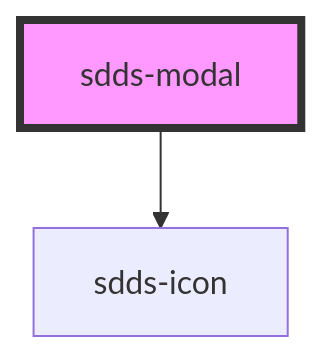
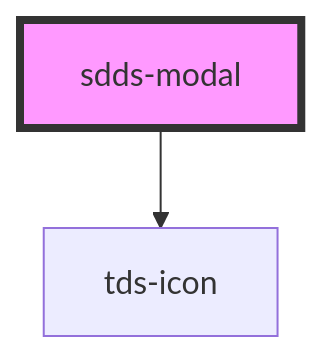
One commit to scania-digital-design-system/tegel changed the diagram in core/src/components/modal/readme.md. Above: the diagram before and after it, drawn with Mermaid. The commit also changed other lines of this file and 75 other files, not shown here.

````diff
--- a/core/src/components/modal/readme.md
+++ b/core/src/components/modal/readme.md
@@ -55,5 +55,5 @@
 ```mermaid
 graph TD;
-  sdds-modal --> sdds-icon
+  sdds-modal --> tds-icon
   style sdds-modal fill:#f9f,stroke:#333,stroke-width:4px
 ```
````
